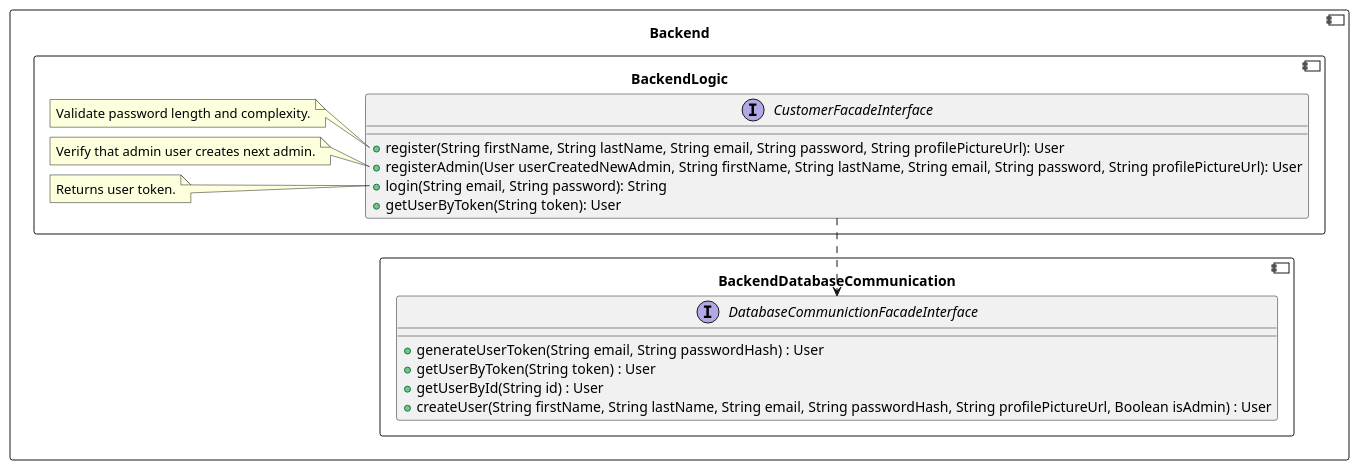
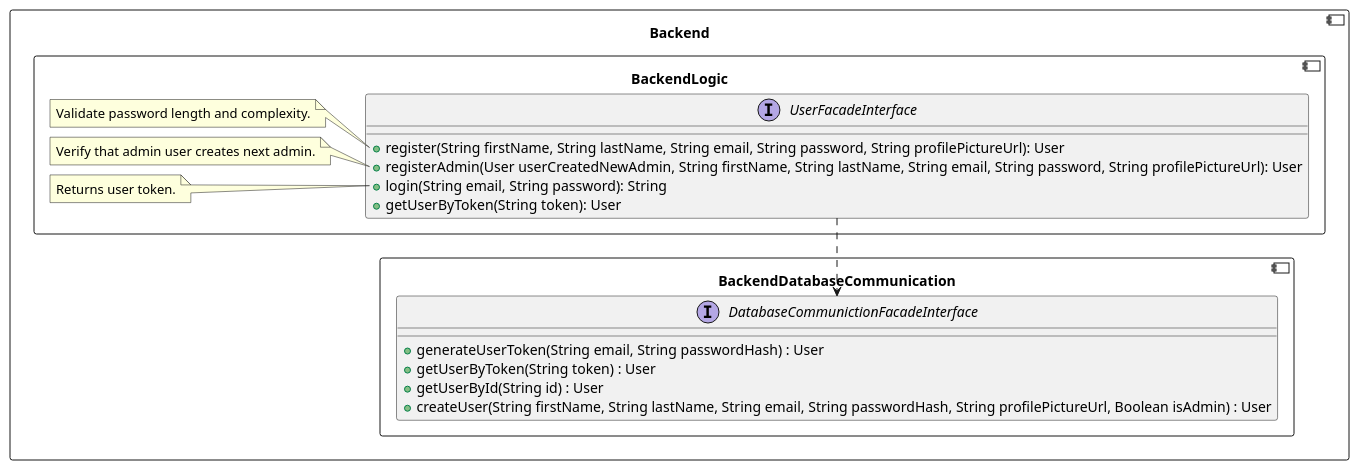
The second of 5 diagrams in BackendLogic.md (RadekBucki/OpinionCollectorArchitecture), drawn with PlantUML before and after one commit. The commit also changed other lines of this file, not shown here.

Commit message:
Rename customer to user

````diff
--- a/BackendLogic.md
+++ b/BackendLogic.md
@@ -27,37 +27,37 @@
 ```plantuml
 @startuml
 component Backend {
     component BackendDatabaseCommunication {
         interface DatabaseCommunictionFacadeInterface {
             + generateUserToken(String email, String passwordHash) : User
             + getUserByToken(String token) : User
             + getUserById(String id) : User
             + createUser(String firstName, String lastName, String email, String passwordHash, String profilePictureUrl, Boolean isAdmin) : User
         }
     }
     
     component BackendLogic {
-        CustomerFacadeInterface  ..> DatabaseCommunictionFacadeInterface
+        UserFacadeInterface  ..> DatabaseCommunictionFacadeInterface
         
-        interface CustomerFacadeInterface {
+        interface UserFacadeInterface {
             + register(String firstName, String lastName, String email, String password, String profilePictureUrl): User
             + registerAdmin(User userCreatedNewAdmin, String firstName, String lastName, String email, String password, String profilePictureUrl): User
             + login(String email, String password): String
             + getUserByToken(String token): User
         }
     
-        note left of CustomerFacadeInterface::register
+        note left of UserFacadeInterface::register
             Validate password length and complexity.
         endnote
     
-        note left of CustomerFacadeInterface::registerAdmin
+        note left of UserFacadeInterface::registerAdmin
             Verify that admin user creates next admin.
         endnote
     
-        note left of CustomerFacadeInterface::login
+        note left of UserFacadeInterface::login
             Returns user token.
         endnote
     }
 }
 @enduml 
 ```
````
